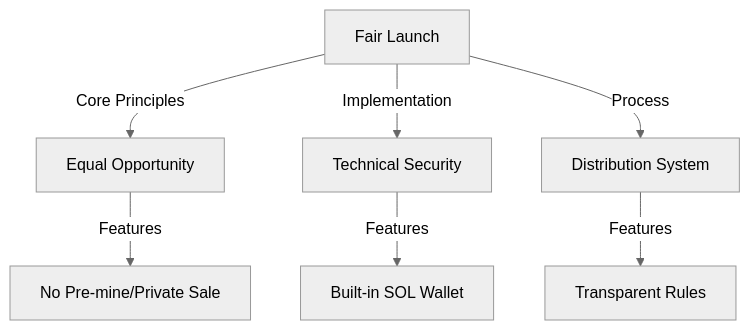
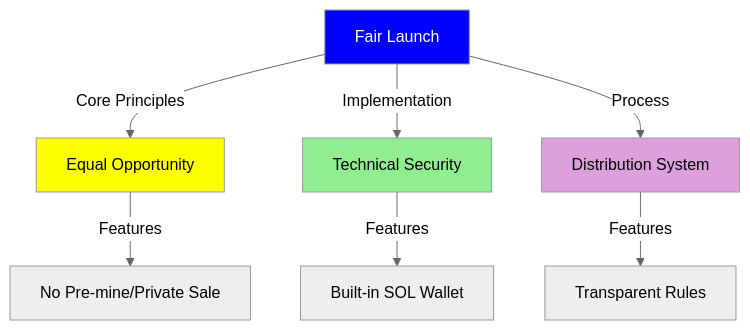
Before and after one commit to MEMEFANS/memefans: the first of 5 diagrams in docs/fair-launch.md, drawn with Mermaid (neutral theme). The commit also changed other lines of this file and 15 other files, not shown here.

Commit message:
docs: update Mermaid diagram formats to use HTML div format for better rendering

````diff
--- a/docs/fair-launch.md
+++ b/docs/fair-launch.md
@@ -5,9 +5,14 @@
-```mermaid
+<div class="mermaid">
 graph TD
     A[Fair Launch] -->|Core Principles| B[Equal Opportunity]
     A -->|Implementation| C[Technical Security]
     A -->|Process| D[Distribution System]
     B -->|Features| E[No Pre-mine/Private Sale]
     C -->|Features| F[Built-in SOL Wallet]
     D -->|Features| G[Transparent Rules]
-```
+    
+    style A fill:#0000FF,color:#FFFFFF
+    style B fill:#FFFF00,color:#000000
+    style C fill:#90EE90,color:#000000
+    style D fill:#DDA0DD,color:#000000
+</div>
````
